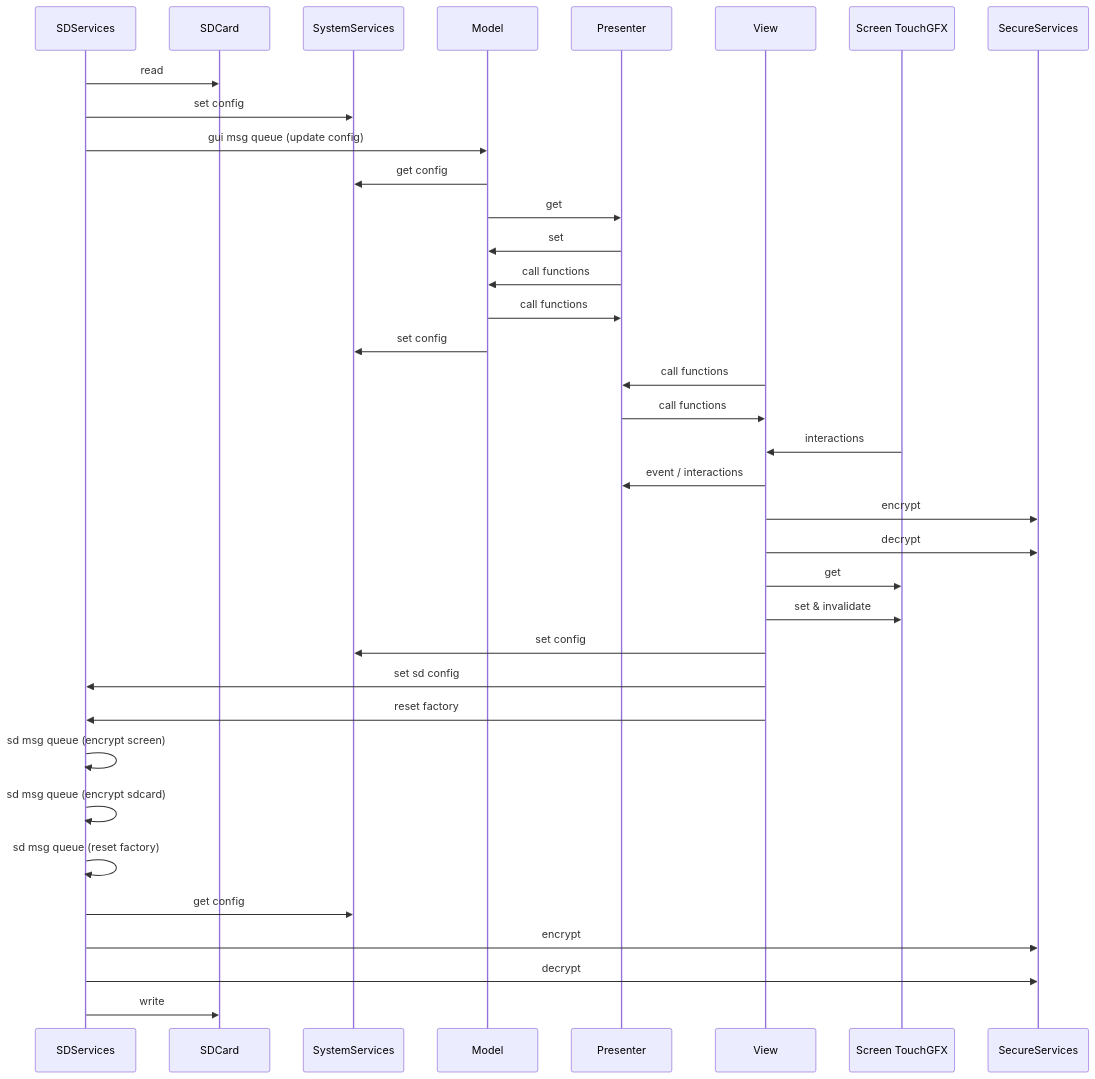
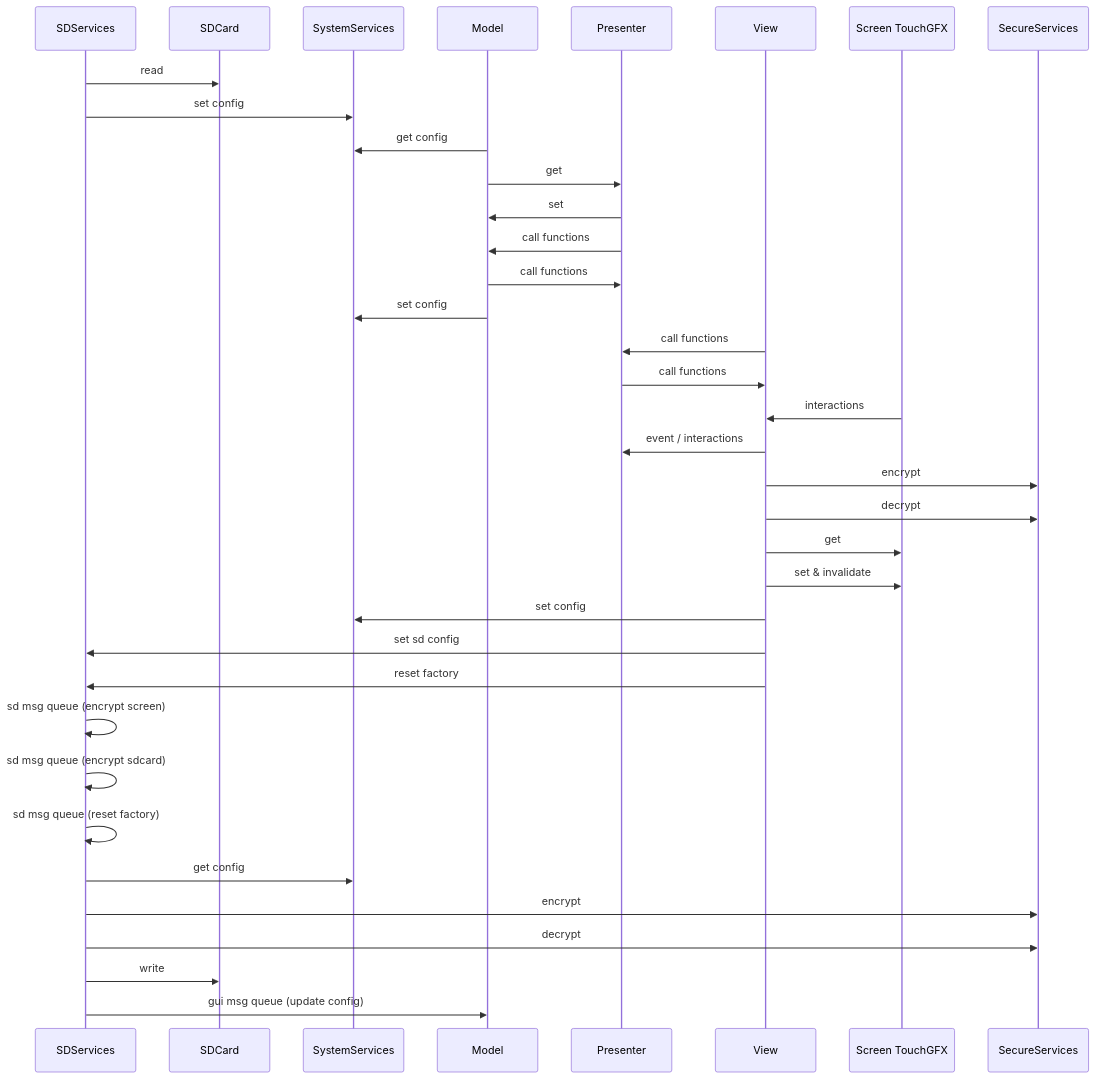
One commit to packetqc/MPLIB changed the fourth of 4 diagrams in README.md. Above: the diagram before and after it, drawn with Mermaid. The commit also changed other lines of this file, not shown here.

````diff
--- a/README.md
+++ b/README.md
@@ -100,30 +100,30 @@
 ```mermaid
 sequenceDiagram  
 SDServices ->> SDCard: read
 SDServices ->> SystemServices: set config
-SDServices ->> Model: gui msg queue (update config)
 Model ->> SystemServices: get config
 Model ->> Presenter: get
 Presenter ->> Model: set
 Presenter ->> Model: call functions
 Model ->> Presenter: call functions
 Model ->> SystemServices: set config
 View ->> Presenter: call functions
 Presenter ->> View: call functions
 Screen TouchGFX ->> View: interactions
 View ->> Presenter: event / interactions
 View ->> SecureServices: encrypt
 View ->> SecureServices: decrypt
 View ->> Screen TouchGFX: get
 View ->> Screen TouchGFX: set & invalidate
 View ->> SystemServices: set config
 View ->> SDServices: set sd config
 View ->> SDServices: reset factory
 SDServices ->> SDServices: sd msg queue (encrypt screen)
 SDServices ->> SDServices: sd msg queue (encrypt sdcard)
 SDServices ->> SDServices: sd msg queue (reset factory)
 SDServices ->> SystemServices: get config
 SDServices ->> SecureServices: encrypt
 SDServices ->> SecureServices: decrypt
 SDServices ->> SDCard: write
+SDServices ->> Model: gui msg queue (update config)
 ```
````
